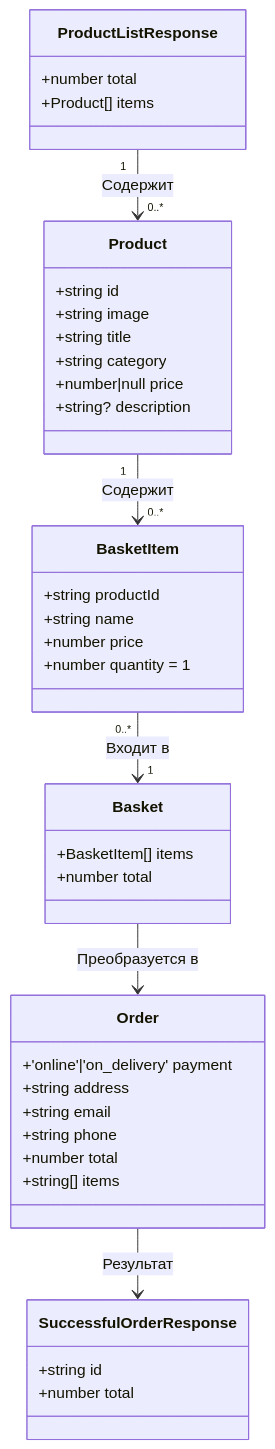
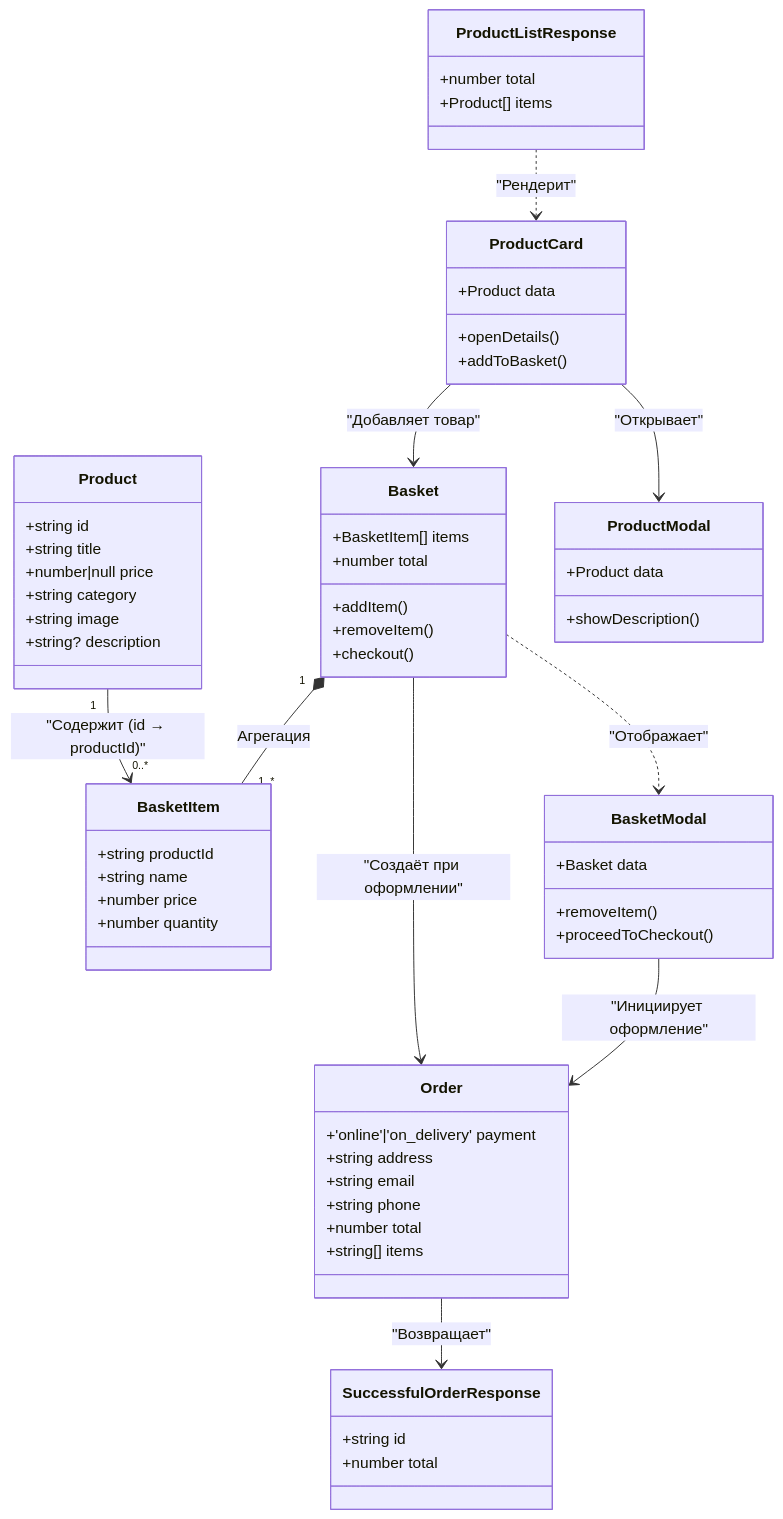
The diagram in README.md (Whimsy-rat-trap/web-larek-frontend), drawn with Mermaid before and after one commit.

Commit message:
Version 0.1.7(2nd attempt at making diagramm using mermaid)

````diff
--- a/README.md
+++ b/README.md
@@ -83,48 +83,79 @@
 ```mermaid
 classDiagram
+    direction TB
+    
+    %% Основные классы данных
     class Product {
         +string id
+        +string title
+        +number|null price
+        +string category
         +string image
-        +string title
-        +string category
-        +number|null price
         +string? description
     }
 
     class BasketItem {
         +string productId
         +string name
         +number price
-        +number quantity = 1
+        +number quantity
     }
 
     class Basket {
         +BasketItem[] items
         +number total
+        +addItem()
+        +removeItem()
+        +checkout()
     }
 
     class Order {
         +'online'|'on_delivery' payment
         +string address
         +string email
         +string phone
         +number total
         +string[] items
     }
 
     class SuccessfulOrderResponse {
         +string id
         +number total
     }
 
+    %% Связи между компонентами
+    Product "1" --> "0..*" BasketItem : "Содержит (id → productId)"
+    Basket "1" *-- "1..*" BasketItem : Агрегация
+    Basket --> Order : "Создаёт при оформлении"
+    Order --> SuccessfulOrderResponse : "Возвращает"
+
+    %% UI компоненты
     class ProductListResponse {
         +number total
         +Product[] items
     }
 
-    Product "1" --> "0..*" BasketItem : Содержит
-    BasketItem "0..*" --> "1" Basket : Входит в
-    Basket --> Order : Преобразуется в
-    Order --> SuccessfulOrderResponse : Результат
-    ProductListResponse "1" --> "0..*" Product : Содержит
+    class ProductCard {
+        +Product data
+        +openDetails()
+        +addToBasket()
+    }
+
+    class ProductModal {
+        +Product data
+        +showDescription()
+    }
+
+    class BasketModal {
+        +Basket data
+        +removeItem()
+        +proceedToCheckout()
+    }
+
+    %% Взаимодействие UI
+    ProductListResponse ..> ProductCard : "Рендерит"
+    ProductCard --> ProductModal : "Открывает"
+    ProductCard --> Basket : "Добавляет товар"
+    Basket ..> BasketModal : "Отображает"
+    BasketModal --> Order : "Инициирует оформление"
 ```
````
